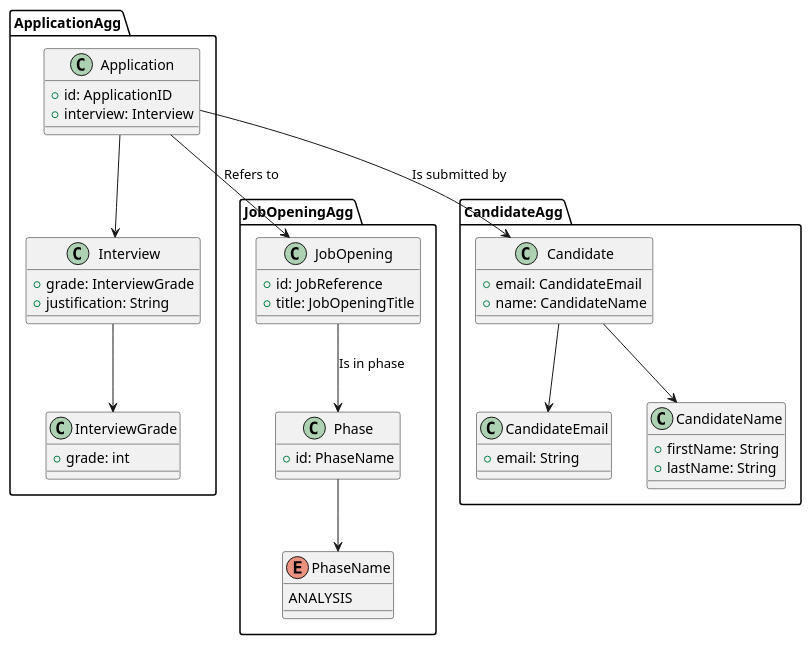
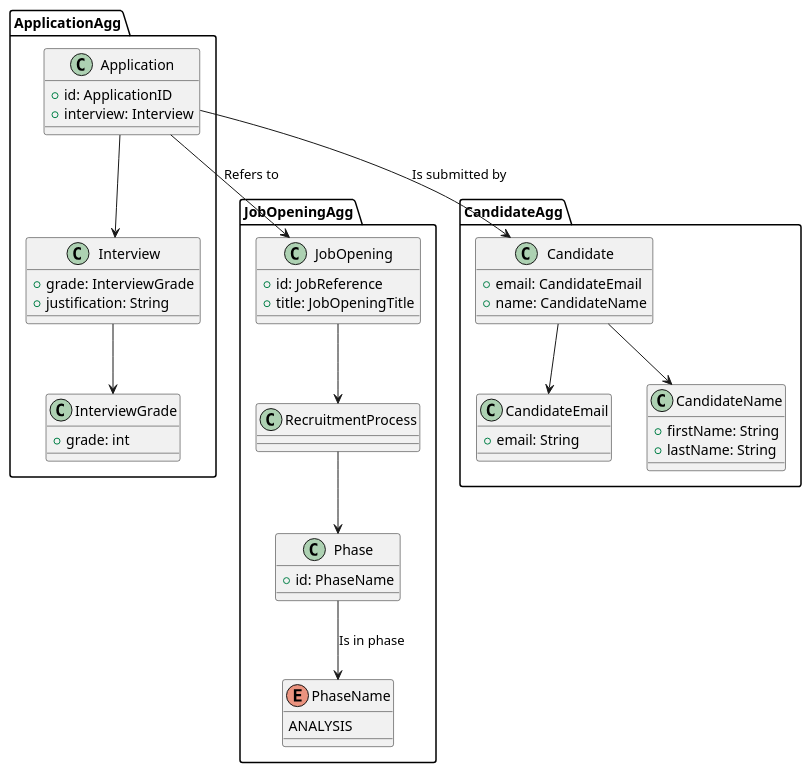
One commit to Mendoncaa/LAPR4 changed the diagram in docs/sprintC/US1019/02.analysis/puml/DM.puml. Above: the diagram before and after it, drawn with PlantUML. The commit also changed 1 other file, not shown here.

```diff
--- a/docs/sprintC/US1019/02.analysis/puml/DM.puml
+++ b/docs/sprintC/US1019/02.analysis/puml/DM.puml
@@ -1,63 +1,64 @@
 @startuml DomainModel
 package JobOpeningAgg {
 
     class JobOpening {
         +id: JobReference
         +title: JobOpeningTitle
     }
 
     class Phase {
         +id: PhaseName
     }
 
     enum PhaseName {
         ANALYSIS
     }
 
-    JobOpening --> Phase : "Is in phase"
-    Phase --> PhaseName
+    JobOpening --> RecruitmentProcess
+    RecruitmentProcess --> Phase
+    Phase --> PhaseName: "Is in phase"
 }
 
 package ApplicationAgg {
     class Application {
         +id: ApplicationID
         +interview: Interview
     }
 
     class Interview {
         +grade: InterviewGrade
         +justification: String
     }
 
 
     class InterviewGrade {
         +grade: int
     }
 
     Application --> Interview
     Application --> JobOpening : Refers to
     Interview --> InterviewGrade
 }
 
 package CandidateAgg {
     class Candidate {
         +email: CandidateEmail
         +name: CandidateName
     }
 
     class CandidateEmail {
         +email: String
     }
 
     class CandidateName {
         +firstName: String
         +lastName: String
     }
 
     Application --> Candidate : Is submitted by
     Candidate --> CandidateEmail
     Candidate --> CandidateName
 }
 
 
 @enduml
```
